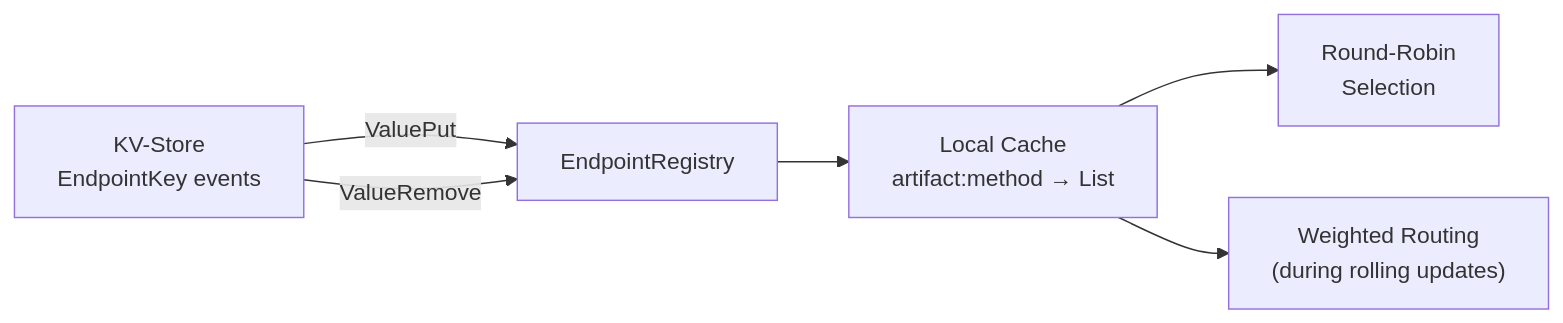
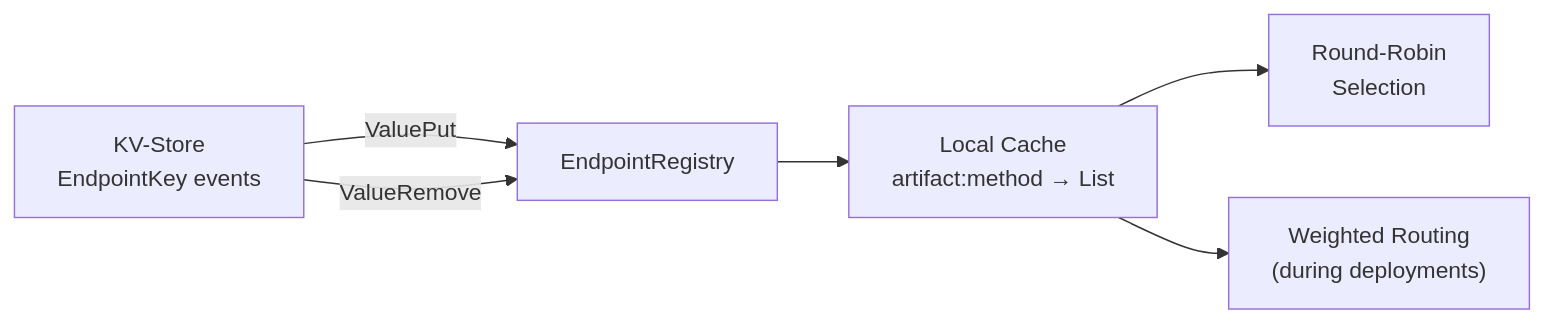
The fourth of 6 diagrams in aether/docs/architecture/03-invocation.md (pragmaticalabs/pragmatica), drawn with Mermaid before and after one commit. The commit also changed other lines of this file and 1120 other files, not shown here.

````diff
--- a/aether/docs/architecture/03-invocation.md
+++ b/aether/docs/architecture/03-invocation.md
@@ -134,10 +134,10 @@
 ```mermaid
 graph LR
     KV["KV-Store<br/>EndpointKey events"] -->|"ValuePut"| ER["EndpointRegistry"]
     KV -->|"ValueRemove"| ER
 
     ER --> Cache["Local Cache<br/>artifact:method → List<Endpoint>"]
 
     Cache --> RR["Round-Robin<br/>Selection"]
-    Cache --> WR["Weighted Routing<br/>(during rolling updates)"]
+    Cache --> WR["Weighted Routing<br/>(during deployments)"]
 ```
````
